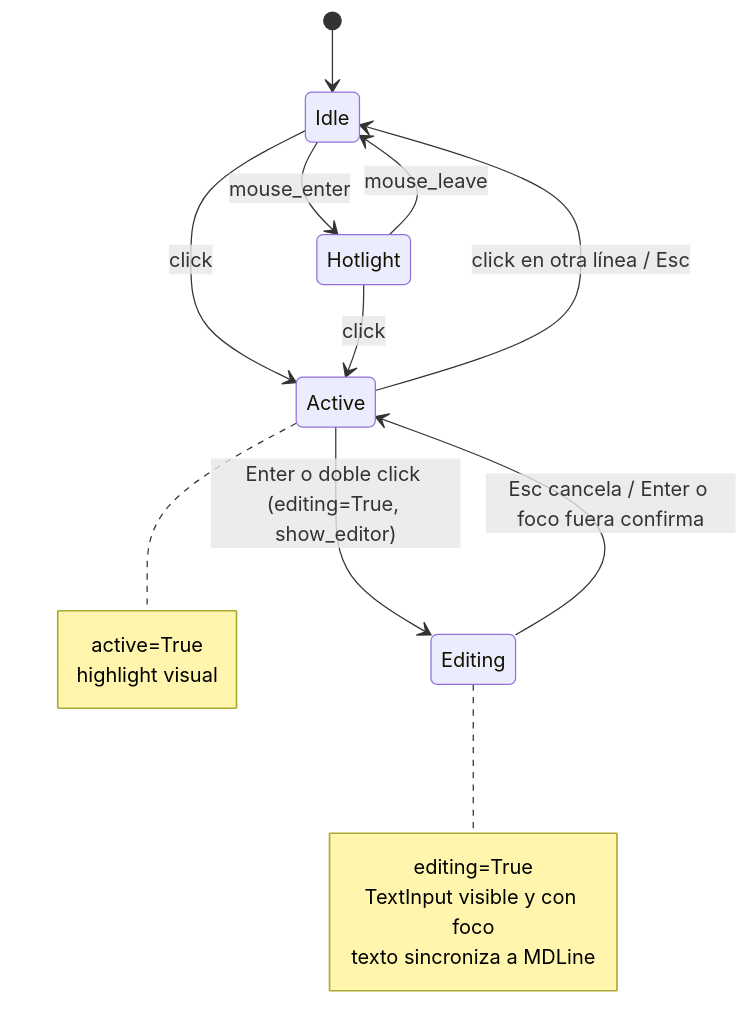
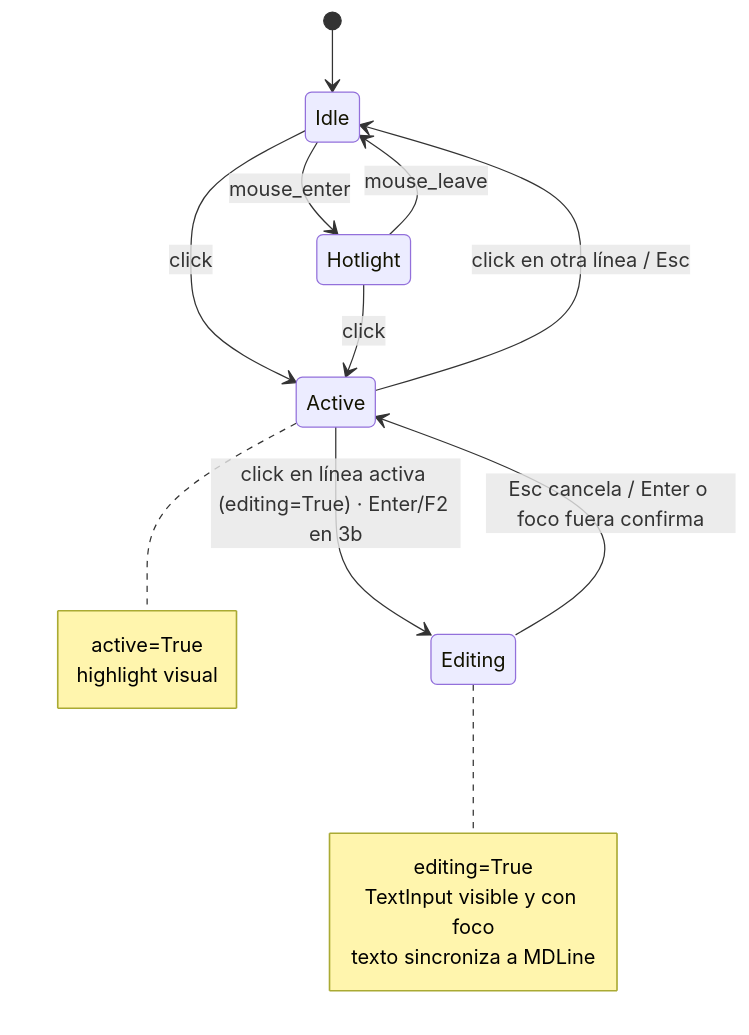
The second of 4 diagrams in kivy_mpbe_widgets/wg_markdown2/docs/arquitectura.md (martin-bellanca/kivy_mpe_widgets), drawn with Mermaid before and after one commit. The commit also changed other lines of this file and 9 other files, not shown here.

````diff
--- a/kivy_mpbe_widgets/wg_markdown2/docs/arquitectura.md
+++ b/kivy_mpbe_widgets/wg_markdown2/docs/arquitectura.md
@@ -160,24 +160,24 @@
 ```mermaid
 stateDiagram-v2
     [*] --> Idle
 
     Idle --> Hotlight : mouse_enter
     Hotlight --> Idle : mouse_leave
 
     Idle --> Active : click
     Hotlight --> Active : click
     Active --> Idle : click en otra línea / Esc
 
-    Active --> Editing : Enter o doble click (editing=True, show_editor)
+    Active --> Editing : click en línea activa (editing=True) · Enter/F2 en 3b
     Editing --> Active : Esc cancela / Enter o foco fuera confirma
 
     note right of Active
         active=True
         highlight visual
     end note
     note right of Editing
         editing=True
         TextInput visible y con foco
         texto sincroniza a MDLine
     end note
 ```
````
